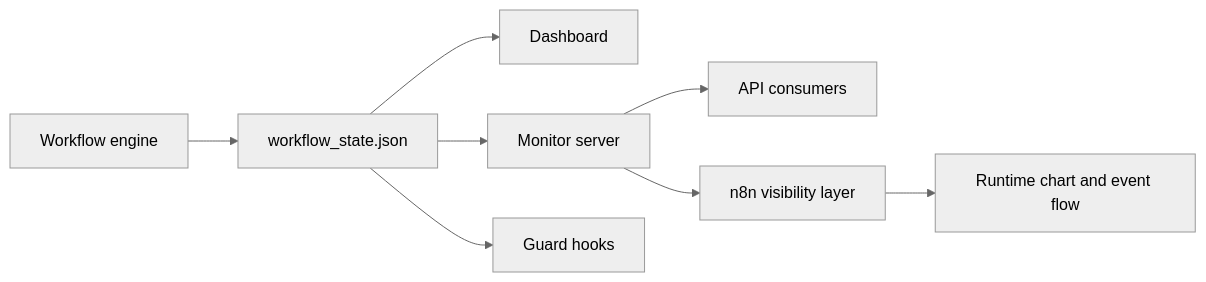
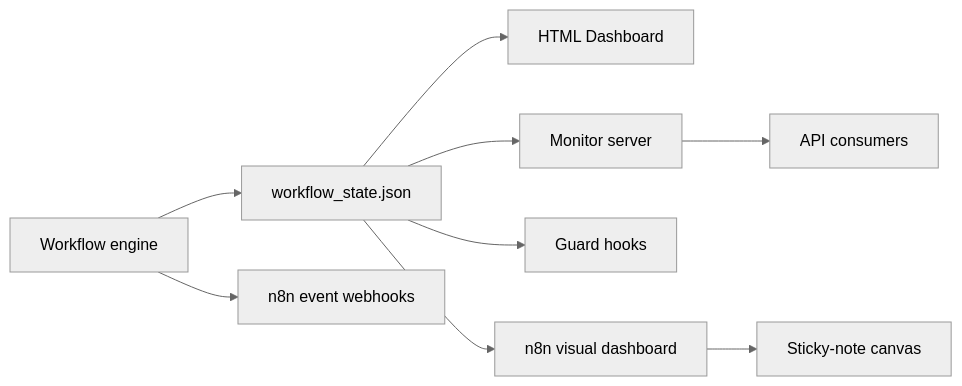
Before and after one commit to ipanov/aeroforge: the diagram in docs/framework/monitoring-hooks-and-n8n.md, drawn with Mermaid (neutral theme). The commit also changed other lines of this file and 6 other files, not shown here.

````diff
--- a/docs/framework/monitoring-hooks-and-n8n.md
+++ b/docs/framework/monitoring-hooks-and-n8n.md
@@ -15,10 +15,11 @@
 ```mermaid
 flowchart LR
     A[Workflow engine] --> B[workflow_state.json]
-    B --> C[Dashboard]
+    B --> C[HTML Dashboard]
     B --> D[Monitor server]
     B --> E[Guard hooks]
-    D --> F[API consumers]
-    D --> G[n8n visibility layer]
-    G --> H[Runtime chart and event flow]
+    B --> F[n8n visual dashboard]
+    D --> G[API consumers]
+    A --> H[n8n event webhooks]
+    F --> I[Sticky-note canvas]
 ```
````
